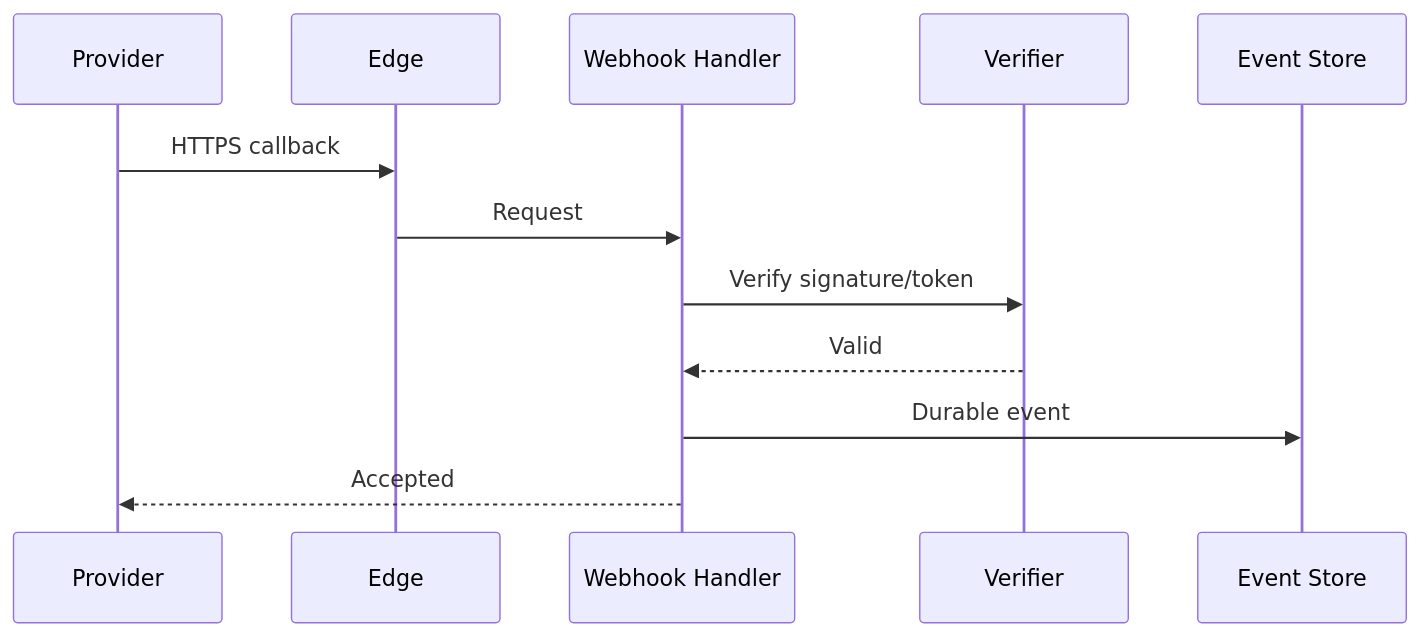
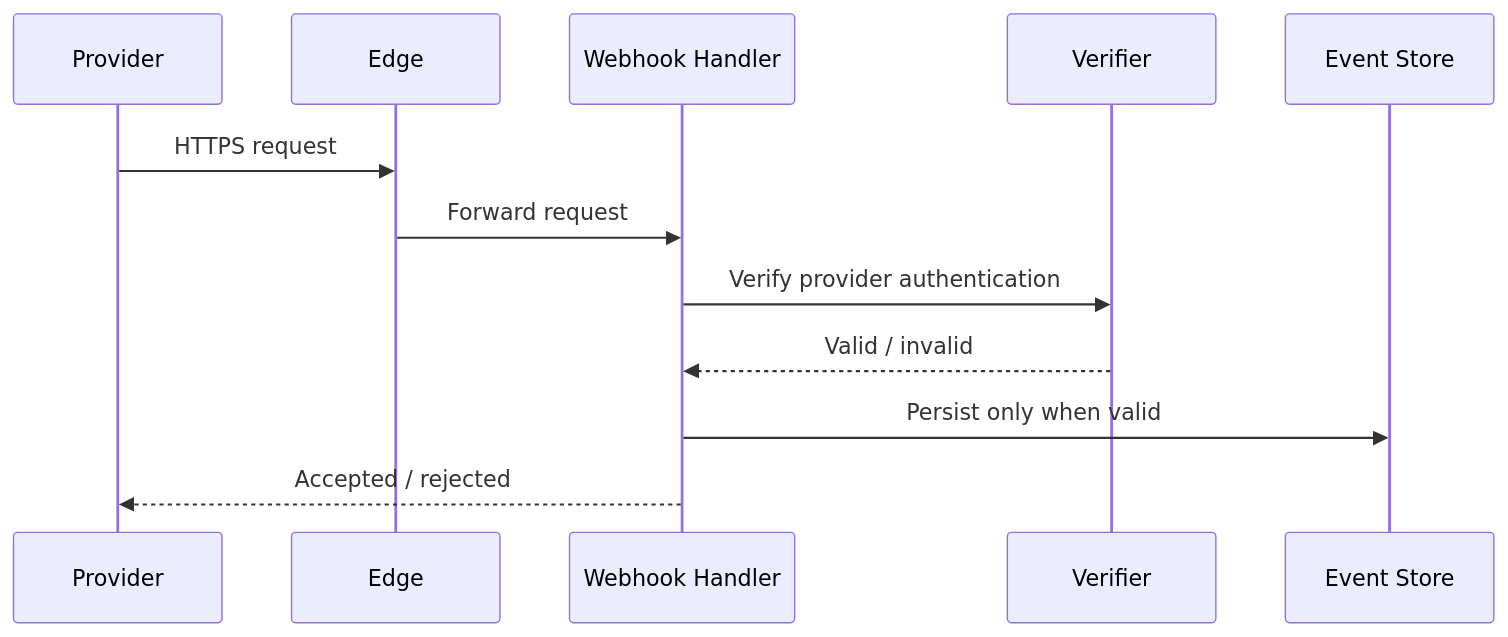
One commit to D-engahmed/OMILINKS changed the second of 2 diagrams in docs/architecture/network-architecture.md. Above: the diagram before and after it, drawn with Mermaid. The commit also changed other lines of this file and 4 other files, not shown here.

Commit message:
docs: deepen architecture implementation blueprints

```diff
--- a/docs/architecture/network-architecture.md
+++ b/docs/architecture/network-architecture.md
@@ -75,14 +68,14 @@
 ~~~mermaid
 sequenceDiagram
 participant P as Provider
 participant E as Edge
 participant W as Webhook Handler
 participant V as Verifier
 participant DB as Event Store
-P->>E: HTTPS callback
-E->>W: Request
-W->>V: Verify signature/token
-V-->>W: Valid
-W->>DB: Durable event
-W-->>P: Accepted
+P->>E: HTTPS request
+E->>W: Forward request
+W->>V: Verify provider authentication
+V-->>W: Valid / invalid
+W->>DB: Persist only when valid
+W-->>P: Accepted / rejected
 ~~~
```
